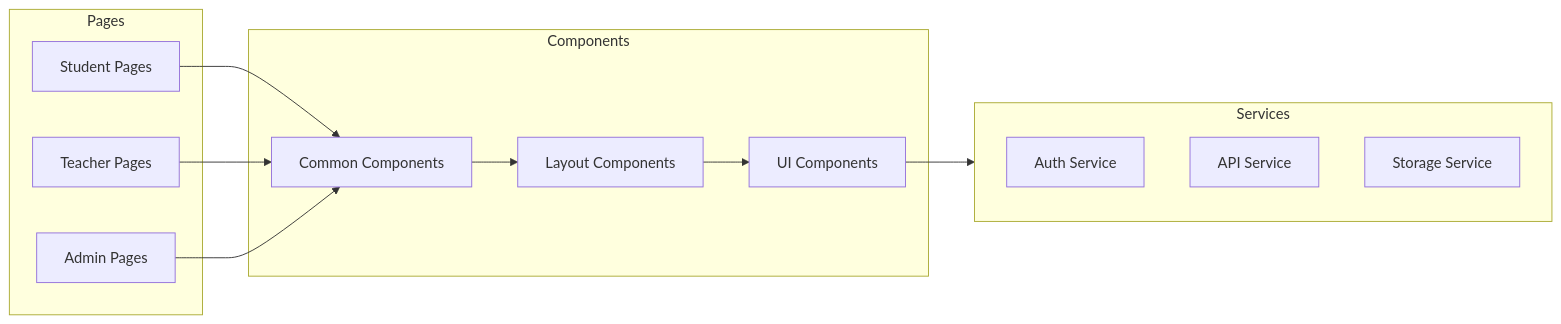
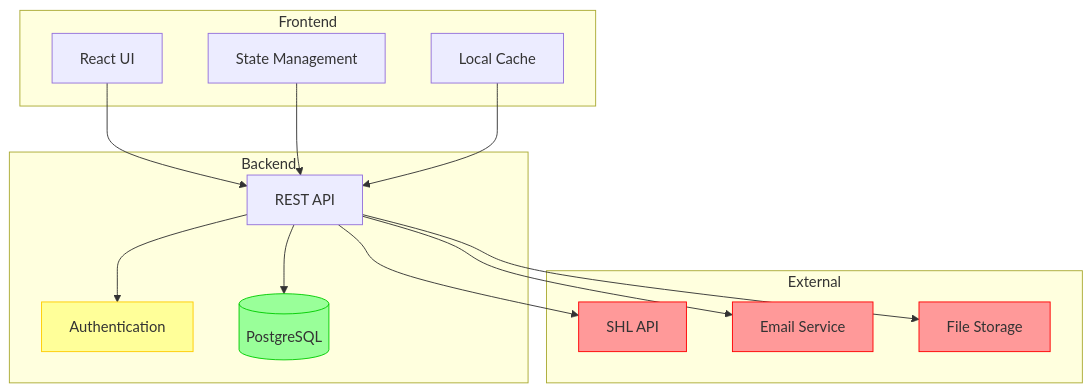
One commit to srisrihari/pep-score-nexus changed the second of 11 diagrams in SRS.md. Above: the diagram before and after it, drawn with Mermaid. The commit also changed other lines of this file, not shown here.

````diff
--- a/SRS.md
+++ b/SRS.md
@@ -1371,27 +1801,37 @@
 ```mermaid
-graph LR
-    subgraph Pages
-        Student[Student Pages]
-        Teacher[Teacher Pages]
-        Admin[Admin Pages]
+graph TB
+    subgraph Frontend
+        UI[React UI]
+        State[State Management]
+        Cache[Local Cache]
     end
-    
-    subgraph Components
-        Common[Common Components]
-        Layout[Layout Components]
-        UI[UI Components]
+
+    subgraph Backend
+        API[REST API]
+        Auth[Authentication]
+        DB[(PostgreSQL)]
     end
-    
-    subgraph Services
-        Auth[Auth Service]
-        API[API Service]
-        Storage[Storage Service]
+
+    subgraph External
+        SHL[SHL API]
+        Email[Email Service]
+        Storage[File Storage]
     end
-    
-    Student --> Common
-    Teacher --> Common
-    Admin --> Common
-    Common --> Layout
-    Layout --> UI
-    UI --> Services
+
+    UI --> API
+    State --> API
+    Cache --> API
+    API --> Auth
+    API --> DB
+    API --> SHL
+    API --> Email
+    API --> Storage
+
+    classDef error fill:#ff9999,stroke:#ff0000
+    classDef warning fill:#ffff99,stroke:#ffcc00
+    classDef success fill:#99ff99,stroke:#00cc00
+
+    class SHL,Email,Storage error
+    class Auth warning
+    class DB success
 ```
````
